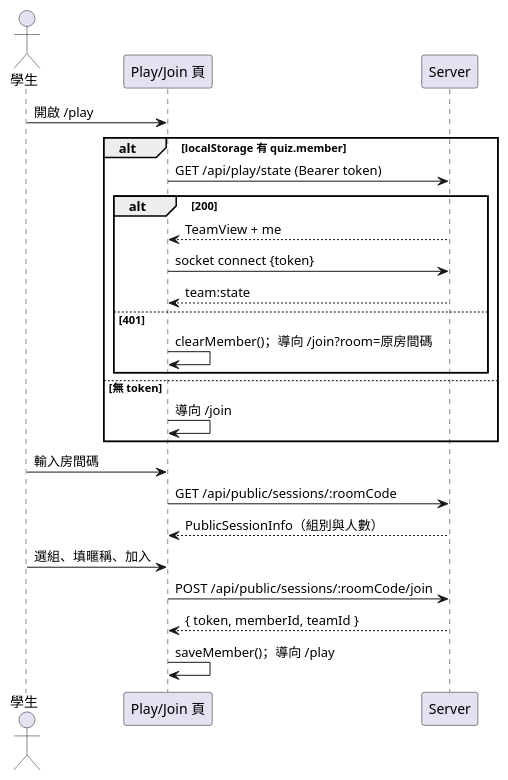
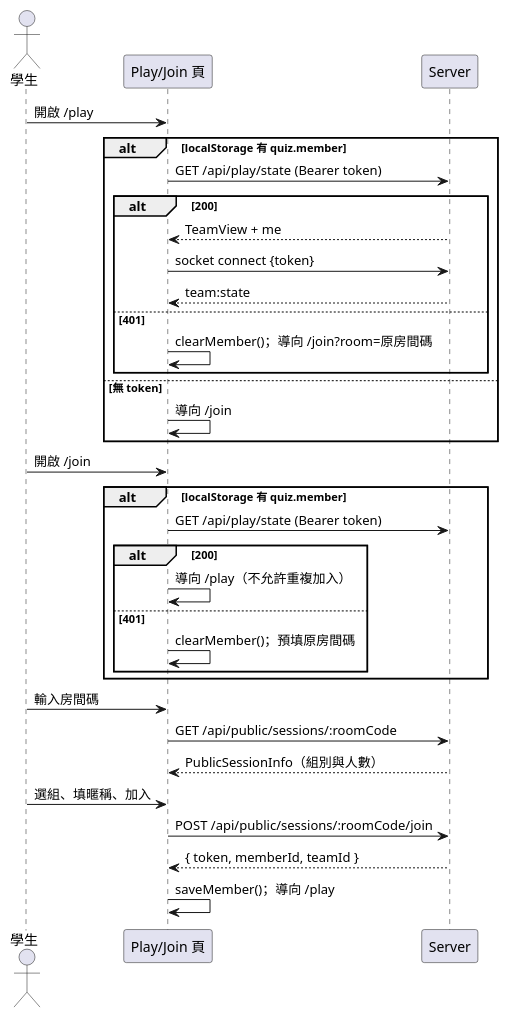
Before and after one commit to mkj-mkj/SE_Final_Project_SpecKit: the third of 6 diagrams in docs/TECH_SPEC.md, drawn with PlantUML. The commit also changed other lines of this file and 2 other files, not shown here.

````diff
--- a/docs/TECH_SPEC.md
+++ b/docs/TECH_SPEC.md
@@ -1014,27 +1016,36 @@
 ```plantuml
 @startuml join
 actor 學生 as S
 participant "Play/Join 頁" as C
 participant Server as SV
 S -> C : 開啟 /play
 alt localStorage 有 quiz.member
   C -> SV : GET /api/play/state (Bearer token)
   alt 200
     SV --> C : TeamView + me
     C -> SV : socket connect {token}
     SV --> C : team:state
   else 401
     C -> C : clearMember()；導向 /join?room=原房間碼
   end
 else 無 token
   C -> C : 導向 /join
 end
+S -> C : 開啟 /join
+alt localStorage 有 quiz.member
+  C -> SV : GET /api/play/state (Bearer token)
+  alt 200
+    C -> C : 導向 /play（不允許重複加入）
+  else 401
+    C -> C : clearMember()；預填原房間碼
+  end
+end
 S -> C : 輸入房間碼
 C -> SV : GET /api/public/sessions/:roomCode
 SV --> C : PublicSessionInfo（組別與人數）
 S -> C : 選組、填暱稱、加入
 C -> SV : POST /api/public/sessions/:roomCode/join
 SV --> C : { token, memberId, teamId }
 C -> C : saveMember()；導向 /play
 @enduml
 ```
````
